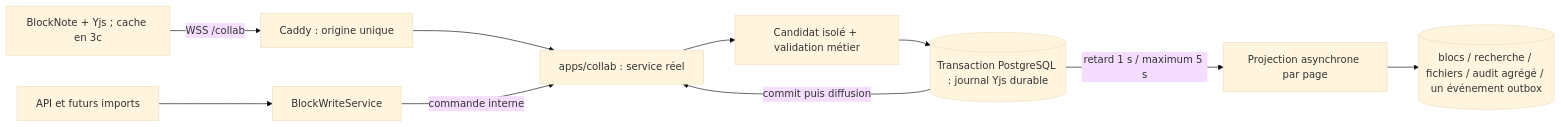
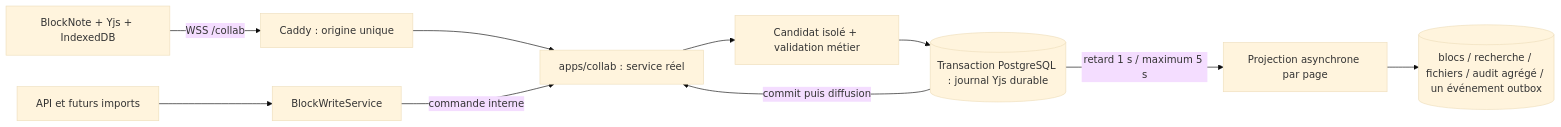
Before and after one commit to FoxTimew/Memoria: the second of 2 diagrams in ARCHITECTURE.md, drawn with Mermaid (base theme). The commit also changed other lines of this file and 11 other files, not shown here.

````diff
--- a/ARCHITECTURE.md
+++ b/ARCHITECTURE.md
@@ -62,12 +63,12 @@
 ```mermaid
 flowchart LR
-  Browser[BlockNote + Yjs ; cache en 3c] -->|WSS /collab| Caddy[Caddy : origine unique]
+  Browser[BlockNote + Yjs + IndexedDB] -->|WSS /collab| Caddy[Caddy : origine unique]
   Caddy --> Collab[apps/collab : service réel]
   API[API et futurs imports] --> Writer[BlockWriteService]
   Writer -->|commande interne| Collab
   Collab --> Validation[Candidat isolé + validation métier]
   Validation --> PG[(Transaction PostgreSQL : journal Yjs durable)]
   PG -->|commit puis diffusion| Collab
   PG -->|retard 1 s / maximum 5 s| Projection[Projection asynchrone par page]
   Projection --> Effects[(blocs / recherche / fichiers / audit agrégé / un événement outbox)]
 ```
````
